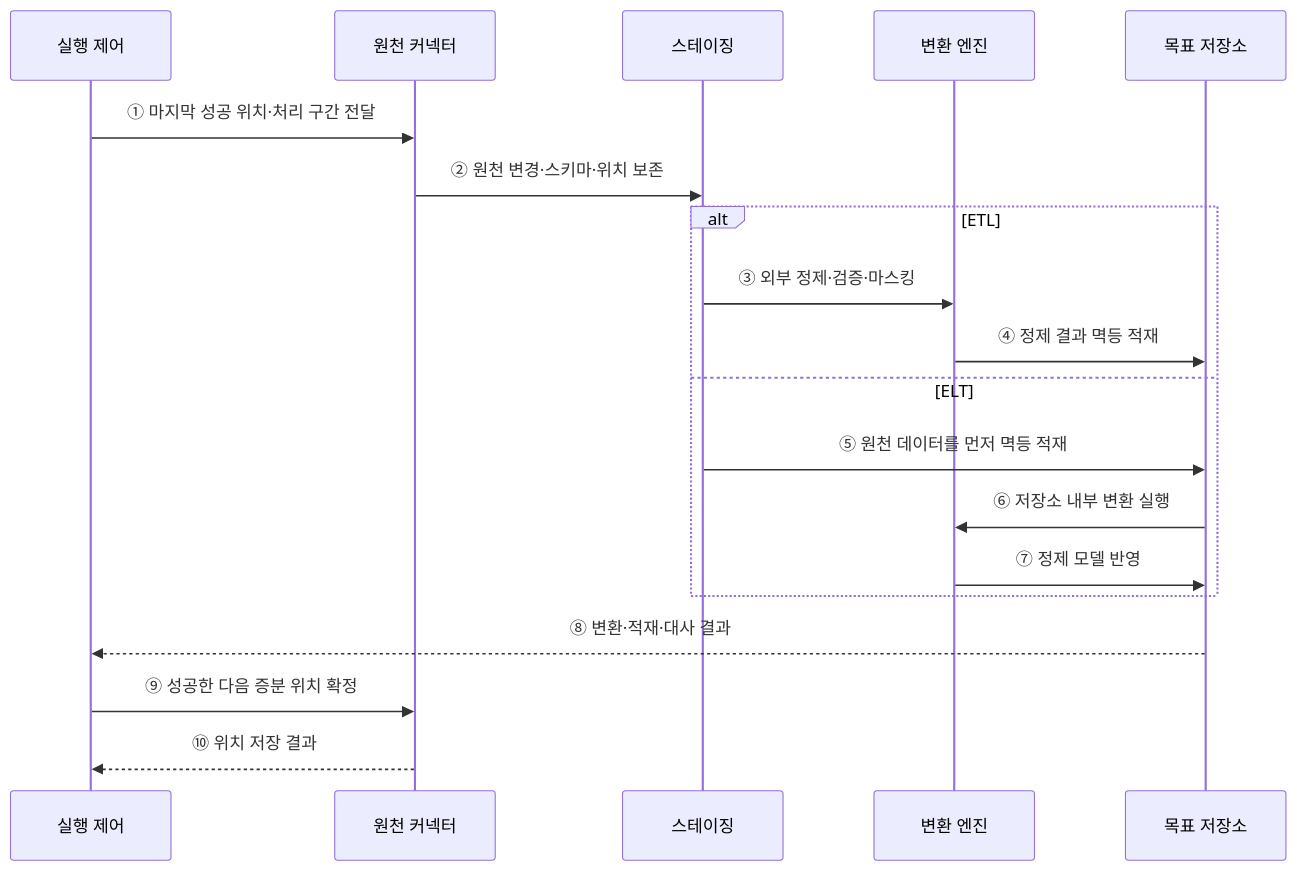
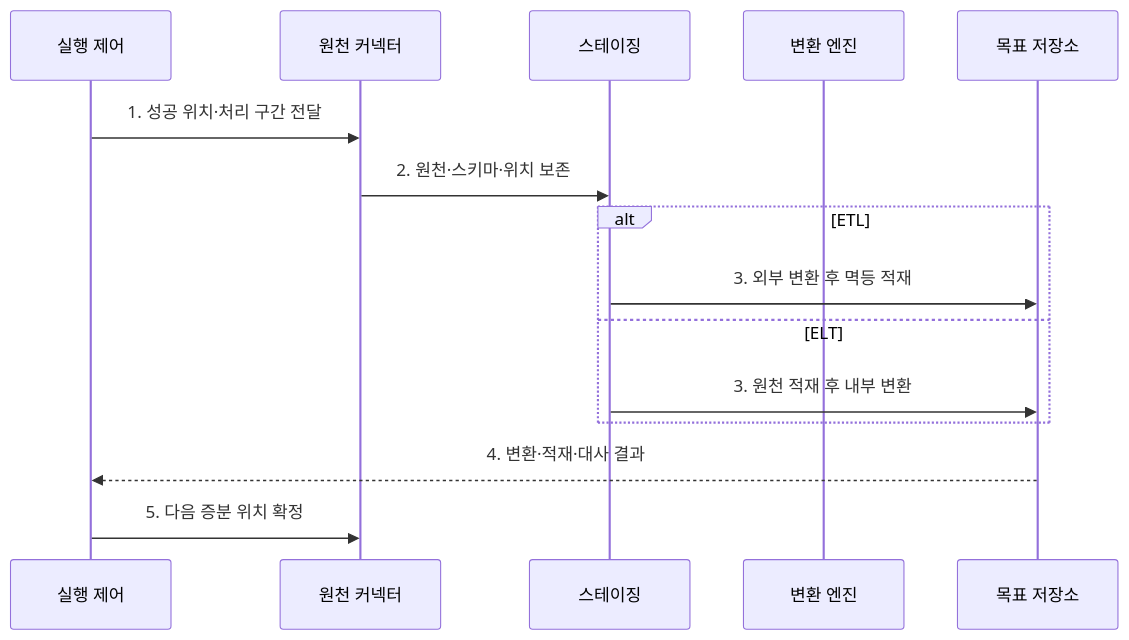
One commit to agnusdei1207/knowledge-base changed the second of 2 diagrams in src/content/docs/notes/03-software/138_etl_elt_pipeline.md. Above: the diagram before and after it, drawn with Mermaid. The commit also changed other lines of this file and 20 other files, not shown here.

````diff
--- a/src/content/docs/notes/03-software/138_etl_elt_pipeline.md
+++ b/src/content/docs/notes/03-software/138_etl_elt_pipeline.md
@@ -86,21 +81,17 @@
 ```mermaid
 sequenceDiagram
     participant M as 실행 제어
     participant C as 원천 커넥터
     participant A as 스테이징
     participant T as 변환 엔진
     participant D as 목표 저장소
-    M->>C: ① 마지막 성공 위치·처리 구간 전달
-    C->>A: ② 원천 변경·스키마·위치 보존
+    M->>C: 1. 성공 위치·처리 구간 전달
+    C->>A: 2. 원천·스키마·위치 보존
     alt ETL
-        A->>T: ③ 외부 정제·검증·마스킹
-        T->>D: ④ 정제 결과 멱등 적재
+        A->>D: 3. 외부 변환 후 멱등 적재
     else ELT
-        A->>D: ⑤ 원천 데이터를 먼저 멱등 적재
-        D->>T: ⑥ 저장소 내부 변환 실행
-        T->>D: ⑦ 정제 모델 반영
+        A->>D: 3. 원천 적재 후 내부 변환
     end
-    D-->>M: ⑧ 변환·적재·대사 결과
-    M->>C: ⑨ 성공한 다음 증분 위치 확정
-    C-->>M: ⑩ 위치 저장 결과
+    D-->>M: 4. 변환·적재·대사 결과
+    M->>C: 5. 다음 증분 위치 확정
 ```
````
